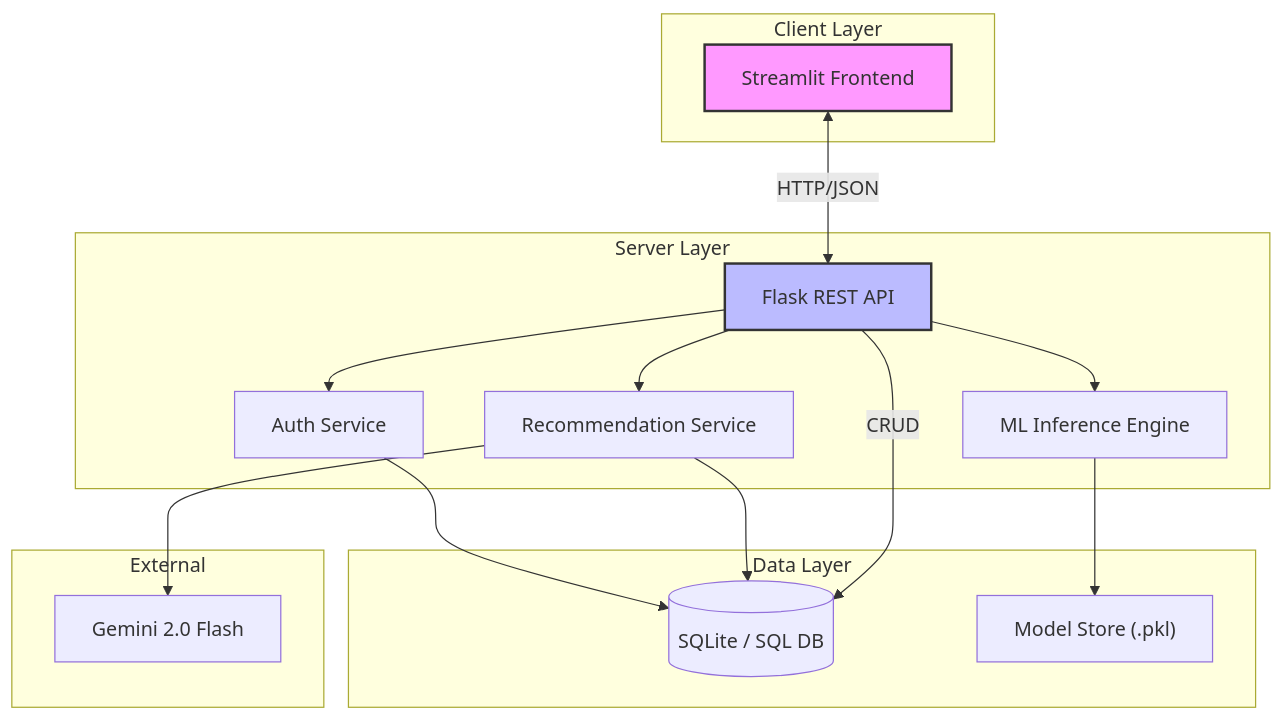
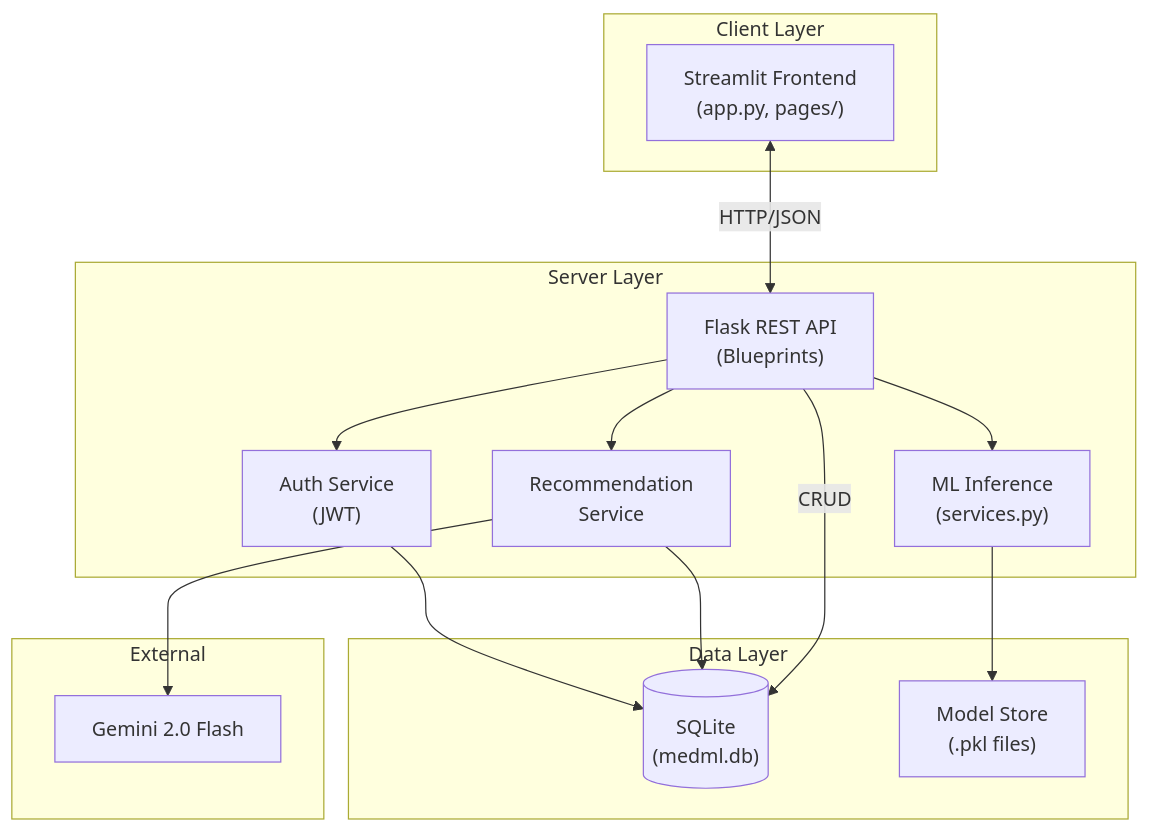
Before and after one commit to abhaypatil-code/PreventVance-AI-Revamp: the second of 4 diagrams in ARCHITECTURE.md, drawn with Mermaid. The commit also changed other lines of this file, not shown here.

````diff
--- a/ARCHITECTURE.md
+++ b/ARCHITECTURE.md
@@ -40,37 +46,33 @@
 ```mermaid
-graph TD
+flowchart TB
     subgraph "Client Layer"
-        Frontend[Streamlit Frontend]
-        style Frontend fill:#f9f,stroke:#333,stroke-width:2px
+        FE["Streamlit Frontend<br/>(app.py, pages/)"]
     end
 
     subgraph "Server Layer"
-        API[Flask REST API]
-        style API fill:#bbf,stroke:#333,stroke-width:2px
-        
-        Auth[Auth Service]
-        ML[ML Inference Engine]
-        Recs[Recommendation Service]
+        API["Flask REST API<br/>(Blueprints)"]
+        Auth["Auth Service<br/>(JWT)"]
+        ML["ML Inference<br/>(services.py)"]
+        Recs["Recommendation<br/>Service"]
     end
 
     subgraph "Data Layer"
-        DB[(SQLite / SQL DB)]
-        ModelStore["Model Store (.pkl)"]
+        DB[("SQLite<br/>(medml.db)")]
+        Models["Model Store<br/>(.pkl files)"]
     end
 
     subgraph "External"
-        GenAI[Gemini 2.0 Flash]
+        GenAI["Gemini 2.0 Flash"]
     end
 
-    Frontend <-->|HTTP/JSON| API
+    FE <-->|"HTTP/JSON"| API
     API --> Auth
     API --> ML
     API --> Recs
-    
+
     Auth --> DB
-    ML --> ModelStore
+    ML --> Models
     Recs --> GenAI
     Recs --> DB
-    
-    API -->|CRUD| DB
+    API -->|"CRUD"| DB
 ```
````
